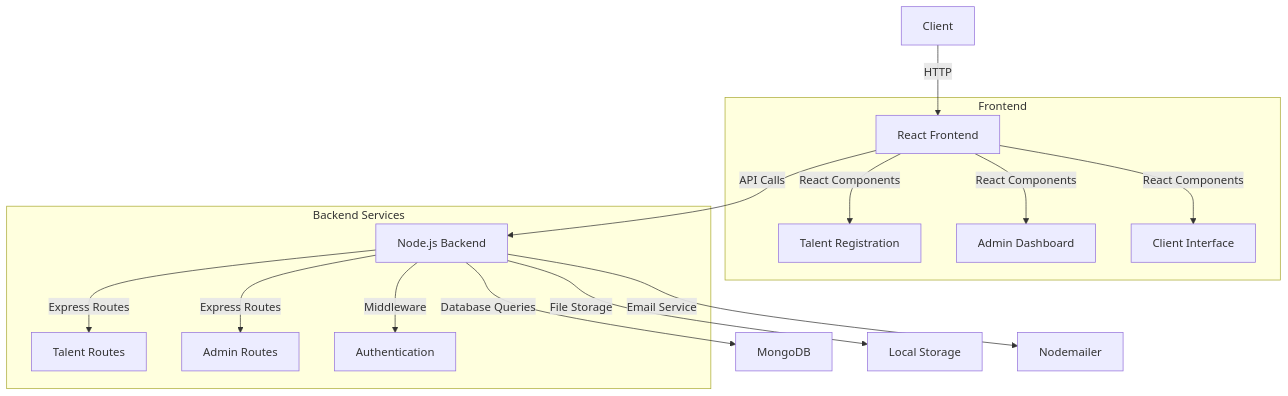
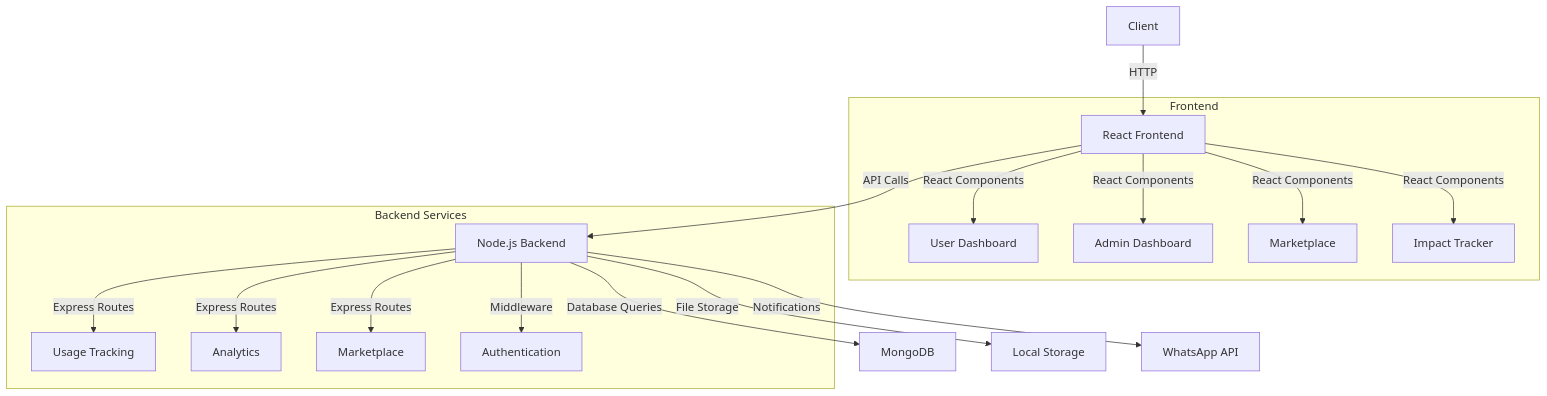
Before and after one commit to Rudra00codes/Elemental-Coders: the diagram in README.md, drawn with Mermaid. The commit also changed other lines of this file, not shown here.

````diff
--- a/README.md
+++ b/README.md
@@ -77,20 +65,22 @@
 ```mermaid
 graph TD
     A[Client] -->|HTTP| B[React Frontend]
     B -->|API Calls| C[Node.js Backend]
     C -->|Database Queries| D[MongoDB]
     C -->|File Storage| E[Local Storage]
-    C -->|Email Service| F[Nodemailer]
+    C -->|Notifications| F[WhatsApp API]
     
     subgraph Frontend
-        B -->|React Components| B1[Talent Registration]
+        B -->|React Components| B1[User Dashboard]
         B -->|React Components| B2[Admin Dashboard]
-        B -->|React Components| B3[Client Interface]
+        B -->|React Components| B3[Marketplace]
+        B -->|React Components| B4[Impact Tracker]
     end
     
     subgraph Backend Services
-        C -->|Express Routes| C1[Talent Routes]
-        C -->|Express Routes| C2[Admin Routes]
-        C -->|Middleware| C3[Authentication]
+        C -->|Express Routes| C1[Usage Tracking]
+        C -->|Express Routes| C2[Analytics]
+        C -->|Express Routes| C3[Marketplace]
+        C -->|Middleware| C4[Authentication]
     end
 ```
````
